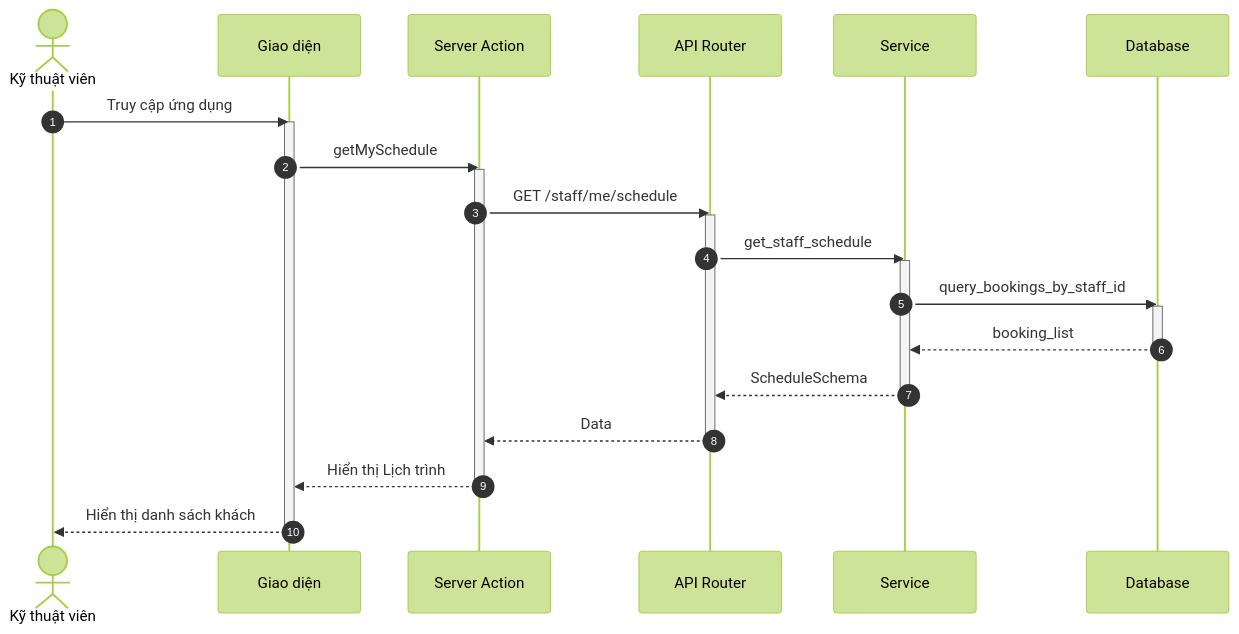
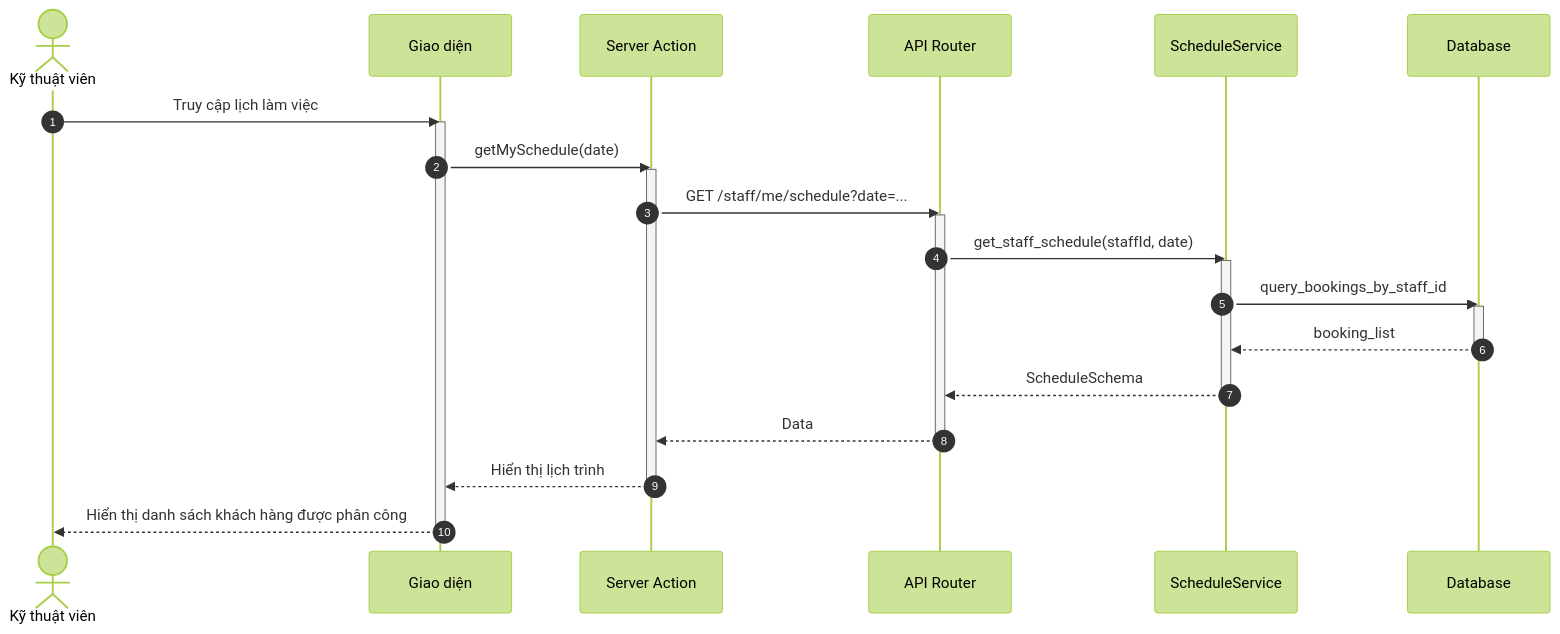
Before and after one commit to ngoctinn/Synapse: the first of 2 diagrams in docs/design/sequences/technician_flows.md, drawn with Mermaid (forest theme). The commit also changed other lines of this file and 11 other files, not shown here.

Commit message:
docs: Add initial design documentation, including architecture, UI, use cases, and detailed sequence diagrams for various user flows.

````diff
--- a/docs/design/sequences/technician_flows.md
+++ b/docs/design/sequences/technician_flows.md
@@ -28,38 +28,38 @@
 ```mermaid
 sequenceDiagram
     autonumber
     actor KTV as Kỹ thuật viên
     participant UI as Giao diện
     participant BFF as Server Action
     participant API as API Router
-    participant S as Service
+    participant S as ScheduleService
     participant DB as Database
 
-    KTV->>UI: Truy cập ứng dụng
+    KTV->>UI: Truy cập lịch làm việc
     activate UI
-    UI->>BFF: getMySchedule
+    UI->>BFF: getMySchedule(date)
     activate BFF
 
-    BFF->>API: GET /staff/me/schedule
+    BFF->>API: GET /staff/me/schedule?date=...
     activate API
 
-    API->>S: get_staff_schedule
+    API->>S: get_staff_schedule(staffId, date)
     activate S
 
     S->>DB: query_bookings_by_staff_id
     activate DB
     DB-->>S: booking_list
     deactivate DB
 
     S-->>API: ScheduleSchema
     deactivate S
 
     API-->>BFF: Data
     deactivate API
 
-    BFF-->>UI: Hiển thị Lịch trình
+    BFF-->>UI: Hiển thị lịch trình
     deactivate BFF
 
-    UI-->>KTV: Hiển thị danh sách khách
+    UI-->>KTV: Hiển thị danh sách khách hàng được phân công
     deactivate UI
 ```
````
